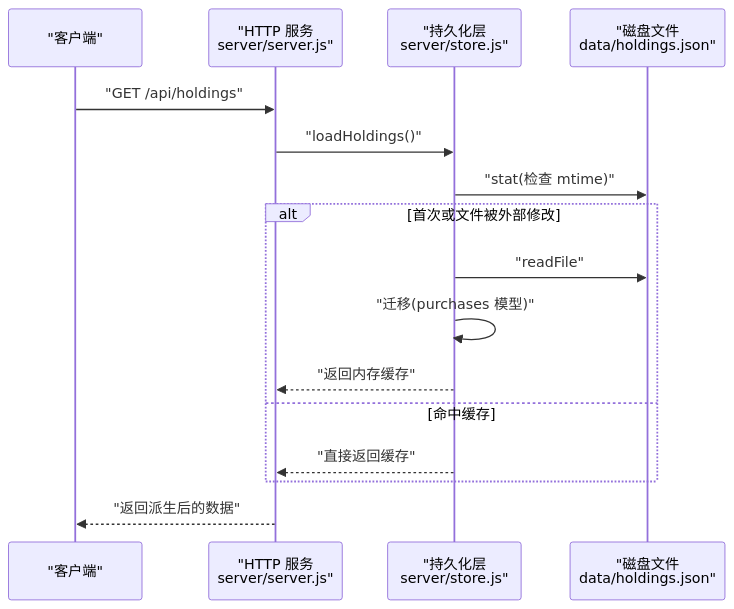
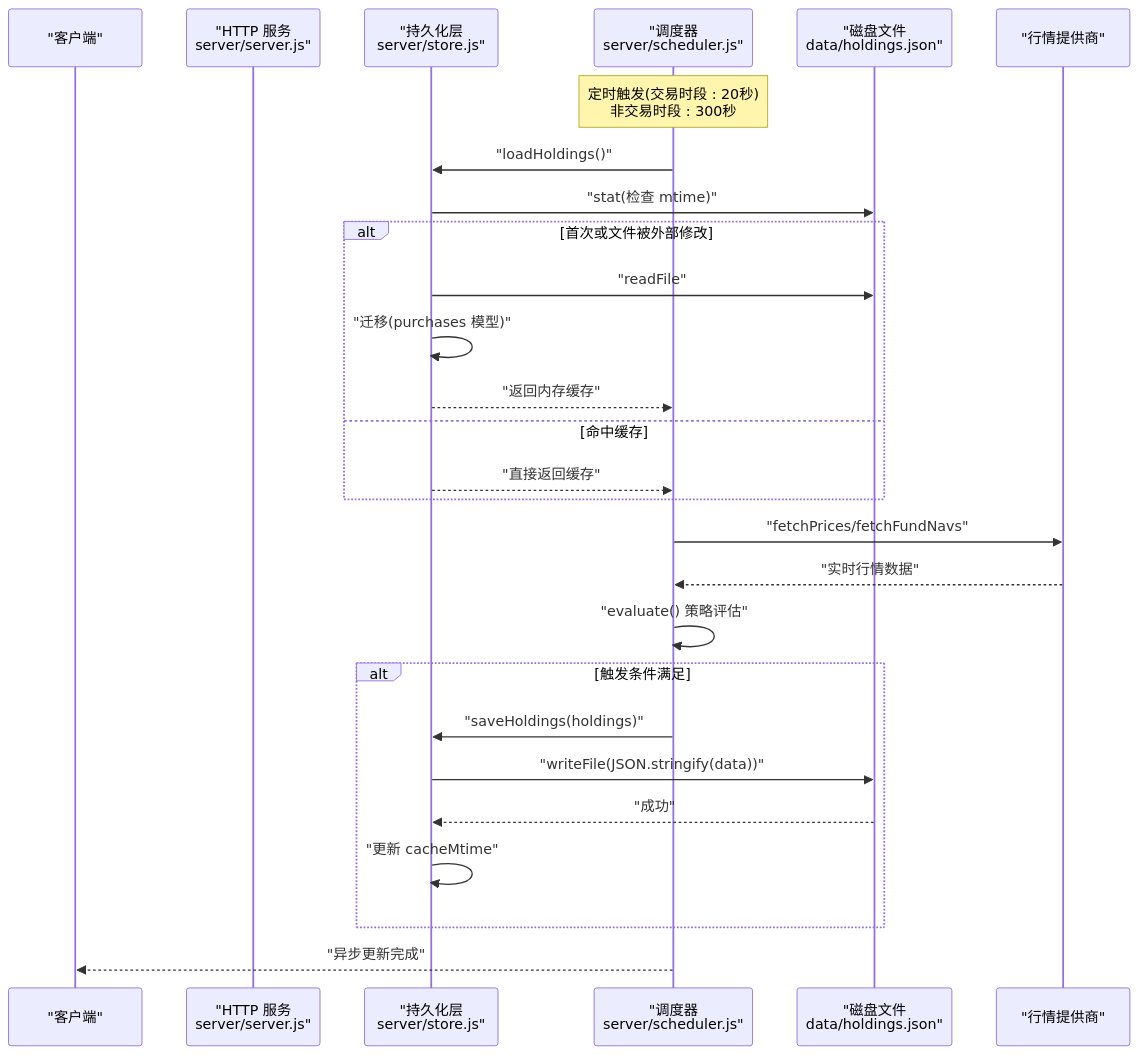
The second of 5 diagrams in .qoder/repowiki/zh/content/系统架构/数据流设计/数据持久化.md (salenju/stock-advisor), drawn with Mermaid before and after one commit. The commit also changed other lines of this file and 31 other files, not shown here.

````diff
--- a/.qoder/repowiki/zh/content/系统架构/数据流设计/数据持久化.md
+++ b/.qoder/repowiki/zh/content/系统架构/数据流设计/数据持久化.md
@@ -83,18 +93,29 @@
 ```mermaid
 sequenceDiagram
 participant Client as "客户端"
 participant Server as "HTTP 服务<br/>server/server.js"
 participant Store as "持久化层<br/>server/store.js"
+participant Scheduler as "调度器<br/>server/scheduler.js"
 participant File as "磁盘文件<br/>data/holdings.json"
-Client->>Server : "GET /api/holdings"
-Server->>Store : "loadHoldings()"
+participant Provider as "行情提供商"
+Note over Scheduler : 定时触发(交易时段 : 20秒)<br/>非交易时段 : 300秒
+Scheduler->>Store : "loadHoldings()"
 Store->>File : "stat(检查 mtime)"
 alt 首次或文件被外部修改
 Store->>File : "readFile"
 Store->>Store : "迁移(purchases 模型)"
-Store-->>Server : "返回内存缓存"
+Store-->>Scheduler : "返回内存缓存"
 else 命中缓存
-Store-->>Server : "直接返回缓存"
+Store-->>Scheduler : "直接返回缓存"
 end
-Server-->>Client : "返回派生后的数据"
+Scheduler->>Provider : "fetchPrices/fetchFundNavs"
+Provider-->>Scheduler : "实时行情数据"
+Scheduler->>Scheduler : "evaluate() 策略评估"
+alt 触发条件满足
+Scheduler->>Store : "saveHoldings(holdings)"
+Store->>File : "writeFile(JSON.stringify(data))"
+File-->>Store : "成功"
+Store->>Store : "更新 cacheMtime"
+end
+Scheduler-->>Client : "异步更新完成"
 ```
````
